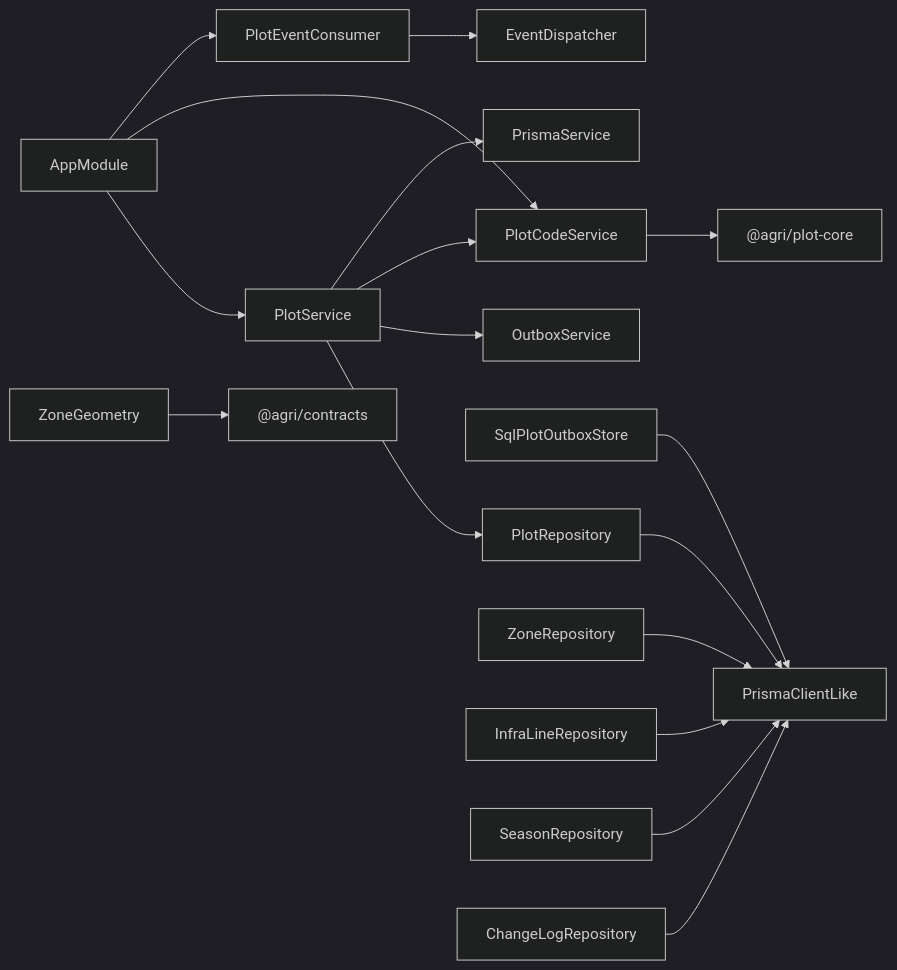
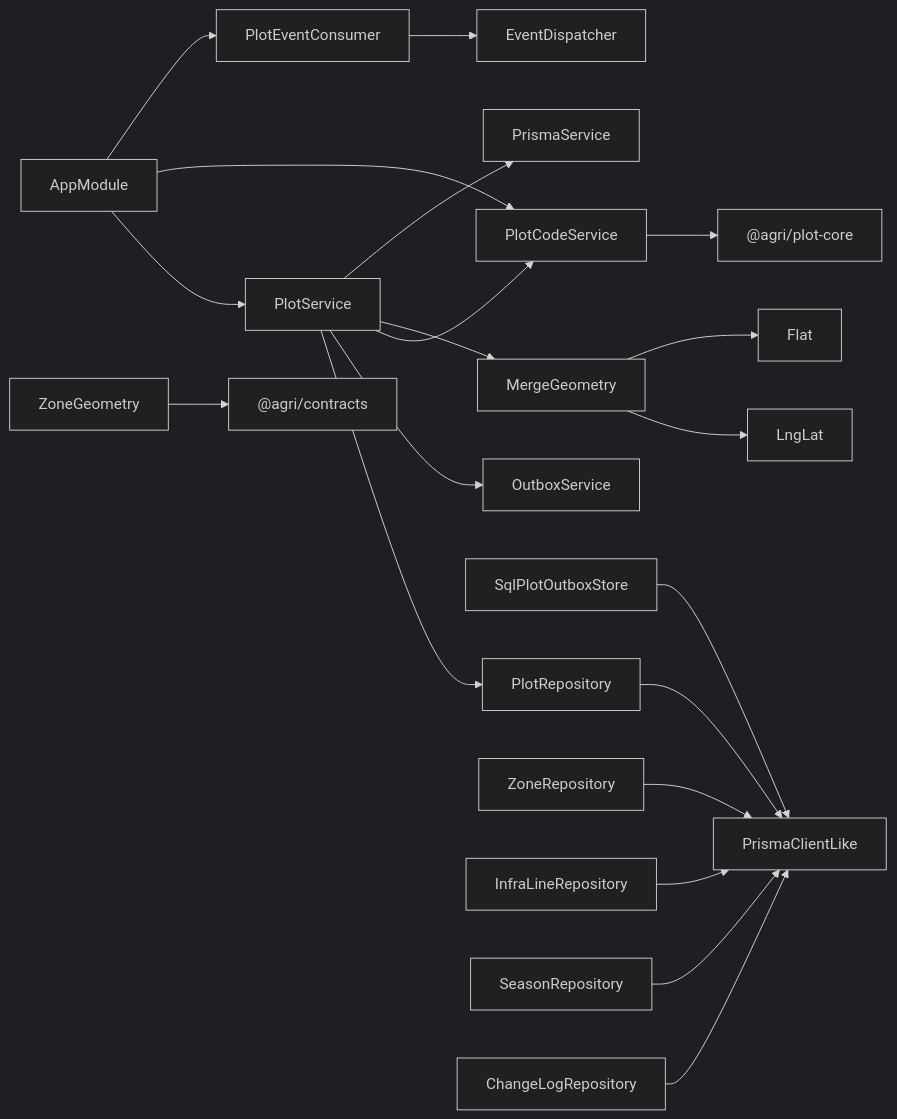
Diagram 15 of 15 in .qoder/repowiki/zh/content/核心服务文档/地块管理服务.md (q446328246/agri-platform), drawn with Mermaid (dark theme) before and after one commit. The commit also changed other lines of this file and 35 other files, not shown here.

````diff
--- a/.qoder/repowiki/zh/content/核心服务文档/地块管理服务.md
+++ b/.qoder/repowiki/zh/content/核心服务文档/地块管理服务.md
@@ -909,19 +1009,22 @@
 ```mermaid
 graph LR
 PlotService --> PlotRepository
 PlotService --> OutboxService
 PlotService --> PlotCodeService
+PlotService --> MergeGeometry
 PlotService --> PrismaService
+MergeGeometry --> LngLat
+MergeGeometry --> Flat
 PlotCodeService --> PlotCore["@agri/plot-core"]
 PlotRepository --> PrismaClientLike
 SqlPlotOutboxStore --> PrismaClientLike
 PlotEventConsumer --> EventDispatcher
 ZoneRepository --> PrismaClientLike
 InfraLineRepository --> PrismaClientLike
 SeasonRepository --> PrismaClientLike
 ChangeLogRepository --> PrismaClientLike
 ZoneGeometry --> Contracts["@agri/contracts"]
 AppModule --> PlotService
 AppModule --> PlotCodeService
 AppModule --> PlotEventConsumer
 ```
````
